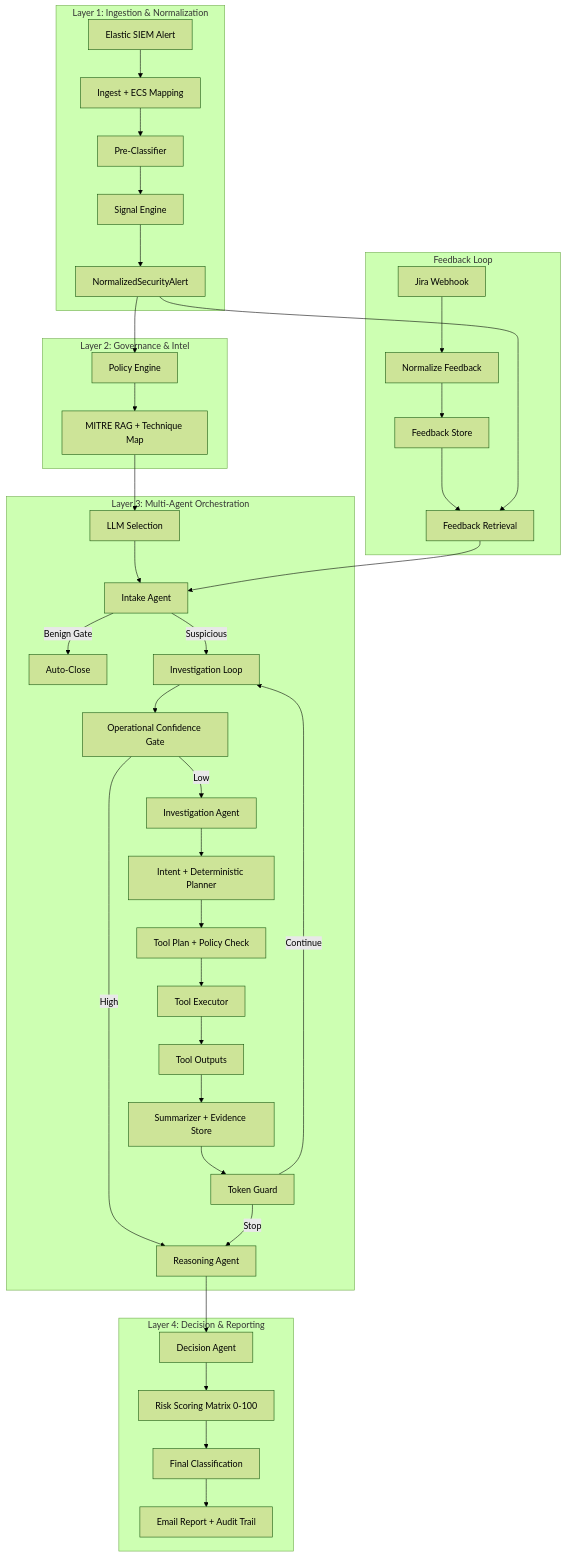
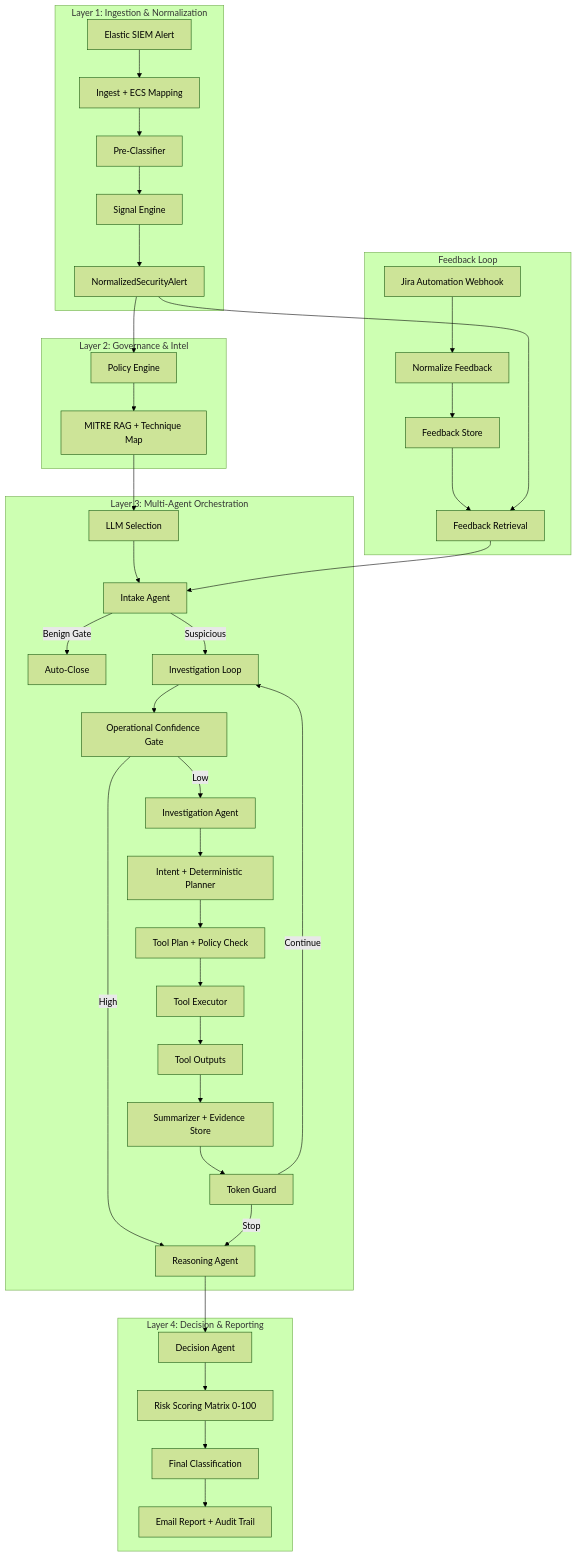
Before and after one commit to GBinion2020/AI-Triage-AgentV3-: the diagram in docs/wiki/PIPELINE.md, drawn with Mermaid (forest theme). The commit also changed other lines of this file and 2 other files, not shown here.

Commit message:
Add feedback loop diagram and pipeline scratch sheet

````diff
--- a/docs/wiki/PIPELINE.md
+++ b/docs/wiki/PIPELINE.md
@@ -7,48 +7,48 @@
 ```mermaid
 flowchart TB
   subgraph Ingestion["Layer 1: Ingestion & Normalization"]
     A[Elastic SIEM Alert] --> B[Ingest + ECS Mapping]
     B --> C[Pre-Classifier]
     C --> D[Signal Engine]
     D --> E[NormalizedSecurityAlert]
   end
 
   subgraph Governance["Layer 2: Governance & Intel"]
     E --> F[Policy Engine]
     F --> G[MITRE RAG + Technique Map]
   end
 
   subgraph Orchestration["Layer 3: Multi-Agent Orchestration"]
     G --> H[LLM Selection]
     H --> I[Intake Agent]
     I -->|Benign Gate| X[Auto-Close]
     I -->|Suspicious| J[Investigation Loop]
     J --> K[Operational Confidence Gate]
     K -->|Low| L[Investigation Agent]
     K -->|High| M[Reasoning Agent]
     L --> N[Intent + Deterministic Planner]
     N --> O[Tool Plan + Policy Check]
     O --> P[Tool Executor]
     P --> Q[Tool Outputs]
     Q --> R[Summarizer + Evidence Store]
     R --> S[Token Guard]
     S -->|Continue| J
     S -->|Stop| M
   end
 
   subgraph Decision["Layer 4: Decision & Reporting"]
     M --> T[Decision Agent]
     T --> U[Risk Scoring Matrix 0-100]
     U --> V[Final Classification]
     V --> W[Email Report + Audit Trail]
   end
 
   subgraph Feedback["Feedback Loop"]
-    Z[Jira Webhook] --> AA[Normalize Feedback]
+    Z[Jira Automation Webhook] --> AA[Normalize Feedback]
     AA --> AB[Feedback Store]
     AB --> AC[Feedback Retrieval]
     AC --> I
   end
 
   E --> AC
 ```
````
